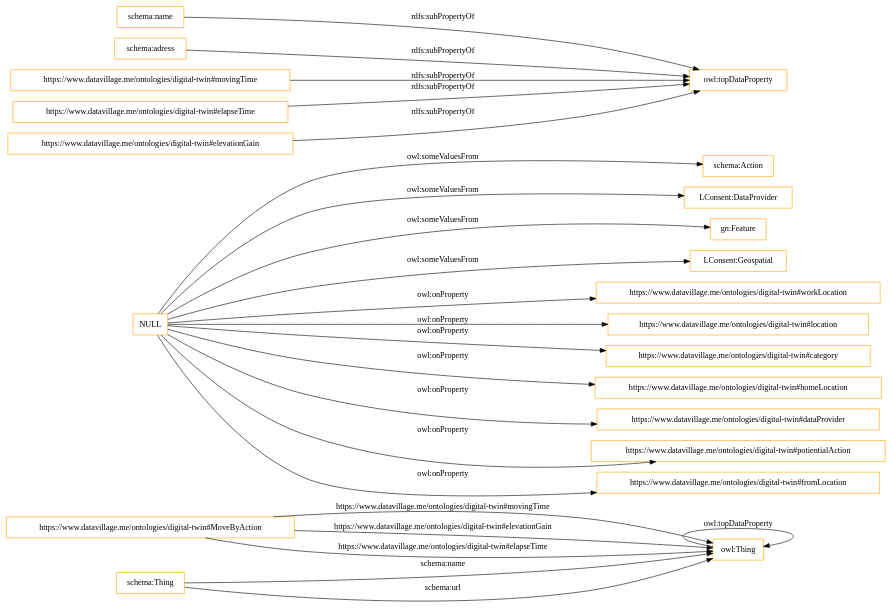
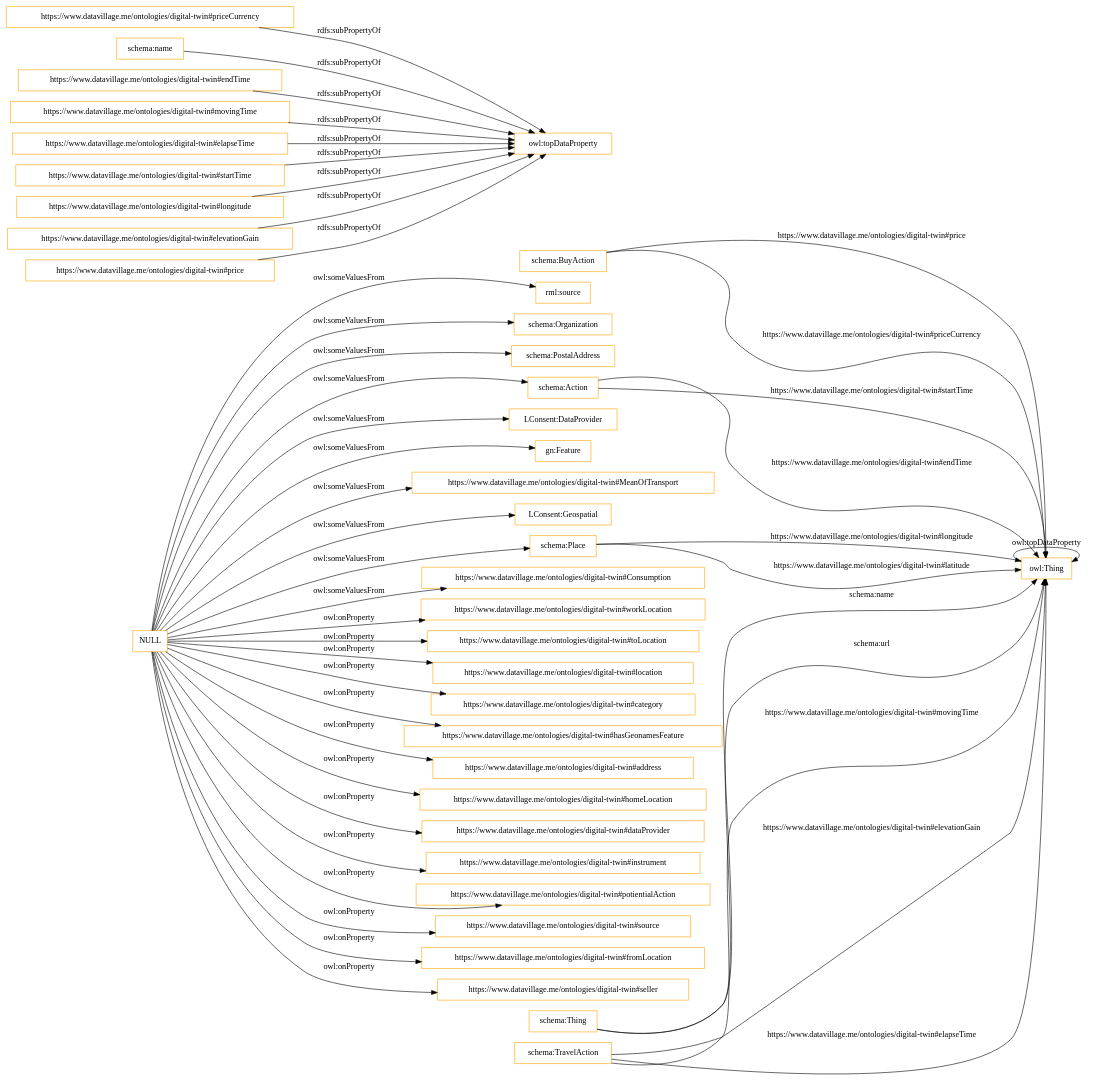
One commit to datavillage-me/ontologies changed the diagram in OnToology/digital-twin/ontology.owl/diagrams/ar2dtool-class/ontology.owl.png.dot. Above: the diagram before and after it, drawn with Graphviz. The commit also changed 13 other files, not shown here.

```diff
--- a/OnToology/digital-twin/ontology.owl/diagrams/ar2dtool-class/ontology.owl.png.dot
+++ b/OnToology/digital-twin/ontology.owl/diagrams/ar2dtool-class/ontology.owl.png.dot
@@ -1,28 +1,50 @@
 digraph ar2dtool_diagram { 
 rankdir=LR;
 size="1501"
-node [shape = rectangle, color="orange"]; "https://www.datavillage.me/ontologies/digital-twin#MoveByAction" "schema:Action" "LConsent:DataProvider" "schema:Thing" "gn:Feature" "LConsent:Geospatial" ; /*classes style*/
+node [shape = rectangle, color="orange"]; "schema:BuyAction" "rml:source" "schema:Organization" "schema:PostalAddress" "schema:Action" "LConsent:DataProvider" "schema:Thing" "gn:Feature" "https://www.datavillage.me/ontologies/digital-twin#MeanOfTransport" "LConsent:Geospatial" "schema:Place" "https://www.datavillage.me/ontologies/digital-twin#Consumption" "schema:TravelAction" ; /*classes style*/
+	"https://www.datavillage.me/ontologies/digital-twin#priceCurrency" -> "owl:topDataProperty" [ label = "rdfs:subPropertyOf" ];
 	"schema:name" -> "owl:topDataProperty" [ label = "rdfs:subPropertyOf" ];
-	"schema:adress" -> "owl:topDataProperty" [ label = "rdfs:subPropertyOf" ];
+	"https://www.datavillage.me/ontologies/digital-twin#endTime" -> "owl:topDataProperty" [ label = "rdfs:subPropertyOf" ];
 	"https://www.datavillage.me/ontologies/digital-twin#movingTime" -> "owl:topDataProperty" [ label = "rdfs:subPropertyOf" ];
 	"https://www.datavillage.me/ontologies/digital-twin#elapseTime" -> "owl:topDataProperty" [ label = "rdfs:subPropertyOf" ];
+	"https://www.datavillage.me/ontologies/digital-twin#startTime" -> "owl:topDataProperty" [ label = "rdfs:subPropertyOf" ];
+	"https://www.datavillage.me/ontologies/digital-twin#longitude" -> "owl:topDataProperty" [ label = "rdfs:subPropertyOf" ];
 	"https://www.datavillage.me/ontologies/digital-twin#elevationGain" -> "owl:topDataProperty" [ label = "rdfs:subPropertyOf" ];
 	"NULL" -> "https://www.datavillage.me/ontologies/digital-twin#workLocation" [ label = "owl:onProperty" ];
+	"NULL" -> "https://www.datavillage.me/ontologies/digital-twin#toLocation" [ label = "owl:onProperty" ];
 	"NULL" -> "https://www.datavillage.me/ontologies/digital-twin#location" [ label = "owl:onProperty" ];
 	"NULL" -> "gn:Feature" [ label = "owl:someValuesFrom" ];
 	"NULL" -> "https://www.datavillage.me/ontologies/digital-twin#category" [ label = "owl:onProperty" ];
+	"NULL" -> "https://www.datavillage.me/ontologies/digital-twin#hasGeonamesFeature" [ label = "owl:onProperty" ];
+	"NULL" -> "https://www.datavillage.me/ontologies/digital-twin#address" [ label = "owl:onProperty" ];
+	"NULL" -> "rml:source" [ label = "owl:someValuesFrom" ];
 	"NULL" -> "https://www.datavillage.me/ontologies/digital-twin#homeLocation" [ label = "owl:onProperty" ];
 	"NULL" -> "https://www.datavillage.me/ontologies/digital-twin#dataProvider" [ label = "owl:onProperty" ];
+	"NULL" -> "https://www.datavillage.me/ontologies/digital-twin#instrument" [ label = "owl:onProperty" ];
+	"NULL" -> "schema:Place" [ label = "owl:someValuesFrom" ];
+	"NULL" -> "schema:PostalAddress" [ label = "owl:someValuesFrom" ];
 	"NULL" -> "LConsent:Geospatial" [ label = "owl:someValuesFrom" ];
 	"NULL" -> "schema:Action" [ label = "owl:someValuesFrom" ];
+	"NULL" -> "schema:Organization" [ label = "owl:someValuesFrom" ];
 	"NULL" -> "https://www.datavillage.me/ontologies/digital-twin#potientialAction" [ label = "owl:onProperty" ];
+	"NULL" -> "https://www.datavillage.me/ontologies/digital-twin#source" [ label = "owl:onProperty" ];
 	"NULL" -> "LConsent:DataProvider" [ label = "owl:someValuesFrom" ];
+	"NULL" -> "https://www.datavillage.me/ontologies/digital-twin#MeanOfTransport" [ label = "owl:someValuesFrom" ];
+	"NULL" -> "https://www.datavillage.me/ontologies/digital-twin#Consumption" [ label = "owl:someValuesFrom" ];
 	"NULL" -> "https://www.datavillage.me/ontologies/digital-twin#fromLocation" [ label = "owl:onProperty" ];
-	"https://www.datavillage.me/ontologies/digital-twin#MoveByAction" -> "owl:Thing" [ label = "https://www.datavillage.me/ontologies/digital-twin#movingTime" ];
+	"NULL" -> "https://www.datavillage.me/ontologies/digital-twin#seller" [ label = "owl:onProperty" ];
+	"https://www.datavillage.me/ontologies/digital-twin#price" -> "owl:topDataProperty" [ label = "rdfs:subPropertyOf" ];
+	"schema:BuyAction" -> "owl:Thing" [ label = "https://www.datavillage.me/ontologies/digital-twin#price" ];
+	"schema:TravelAction" -> "owl:Thing" [ label = "https://www.datavillage.me/ontologies/digital-twin#movingTime" ];
 	"schema:Thing" -> "owl:Thing" [ label = "schema:name" ];
-	"https://www.datavillage.me/ontologies/digital-twin#MoveByAction" -> "owl:Thing" [ label = "https://www.datavillage.me/ontologies/digital-twin#elevationGain" ];
-	"https://www.datavillage.me/ontologies/digital-twin#MoveByAction" -> "owl:Thing" [ label = "https://www.datavillage.me/ontologies/digital-twin#elapseTime" ];
+	"schema:Action" -> "owl:Thing" [ label = "https://www.datavillage.me/ontologies/digital-twin#startTime" ];
+	"schema:BuyAction" -> "owl:Thing" [ label = "https://www.datavillage.me/ontologies/digital-twin#priceCurrency" ];
+	"schema:TravelAction" -> "owl:Thing" [ label = "https://www.datavillage.me/ontologies/digital-twin#elevationGain" ];
+	"schema:TravelAction" -> "owl:Thing" [ label = "https://www.datavillage.me/ontologies/digital-twin#elapseTime" ];
+	"schema:Place" -> "owl:Thing" [ label = "https://www.datavillage.me/ontologies/digital-twin#longitude" ];
 	"owl:Thing" -> "owl:Thing" [ label = "owl:topDataProperty" ];
+	"schema:Action" -> "owl:Thing" [ label = "https://www.datavillage.me/ontologies/digital-twin#endTime" ];
 	"schema:Thing" -> "owl:Thing" [ label = "schema:url" ];
+	"schema:Place" -> "owl:Thing" [ label = "https://www.datavillage.me/ontologies/digital-twin#latitude" ];
 
 }
```
